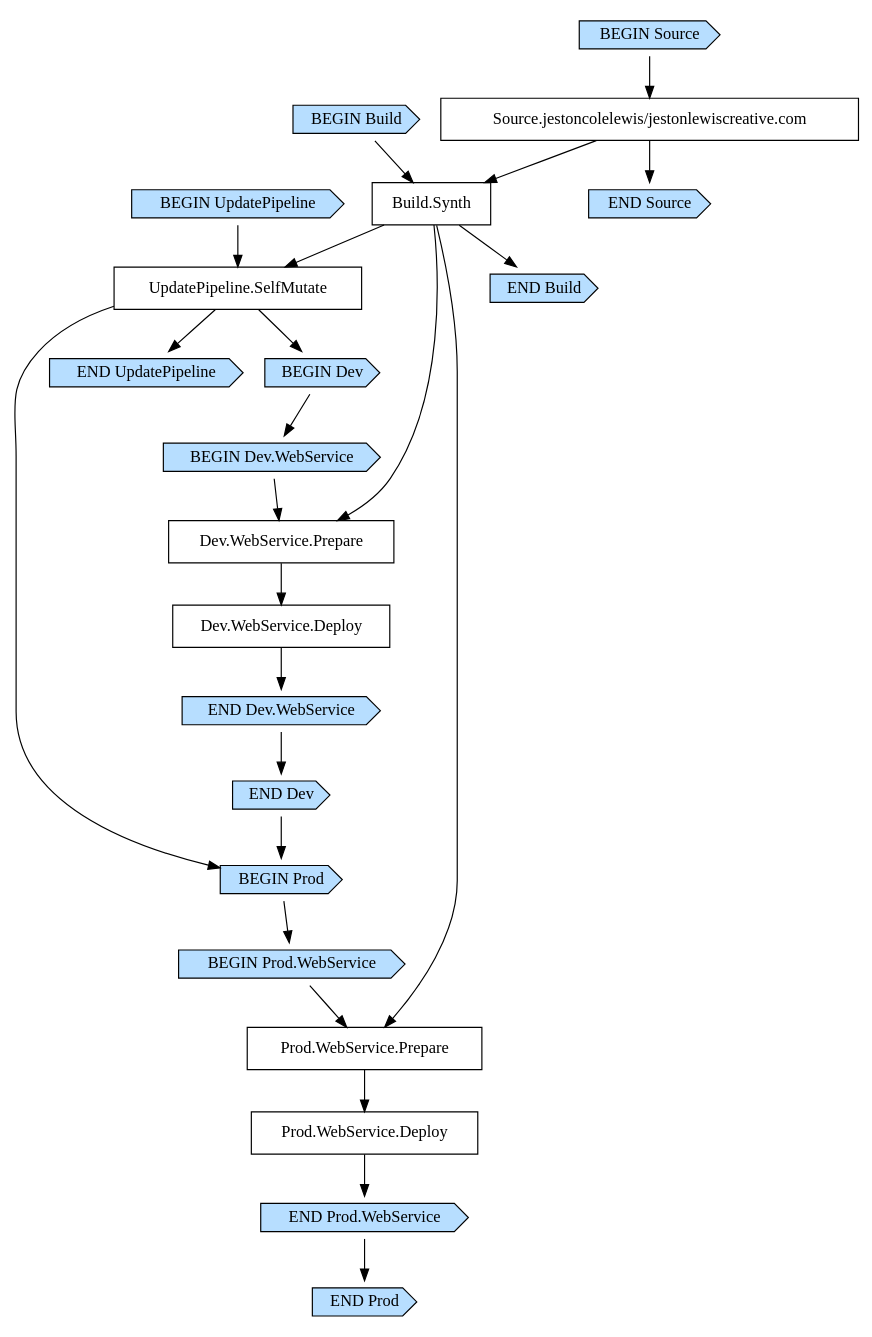
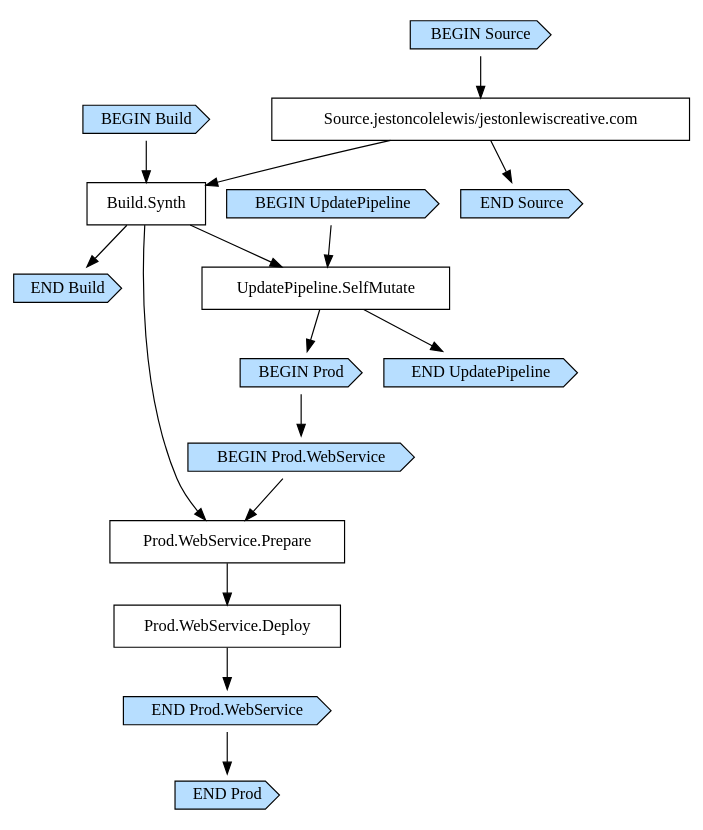
Before and after one commit to jestoncolelewis/jestonlewiscreative.com: the diagram in cdk.out/JestonLewisCreativeFrontEndStackPipelineC2681E6E.dot, drawn with Graphviz. The commit also changed 9 other files, not shown here.

```diff
--- a/cdk.out/JestonLewisCreativeFrontEndStackPipelineC2681E6E.dot
+++ b/cdk.out/JestonLewisCreativeFrontEndStackPipelineC2681E6E.dot
@@ -1,51 +1,37 @@
 digraph G {
   # Arrows represent an "unlocks" relationship (opposite of dependency). So chosen
   # because the layout looks more natural that way.
   # To represent subgraph dependencies, subgraphs are represented by BEGIN/END nodes.
   # To render: `dot -Tsvg JestonLewisCreativeFrontEndStackPipelineC2681E6E.dot > graph.svg`, open in a browser.
   node [shape="box"];
 "BEGIN Build" [shape="cds", style="filled", fillcolor="#b7deff"];
 "END Build" [shape="cds", style="filled", fillcolor="#b7deff"];
 "Build.Synth";
 "Source.jestoncolelewis/jestonlewiscreative.com" -> "Build.Synth";
 "BEGIN Build" -> "Build.Synth";
 "Build.Synth" -> "END Build";
 "BEGIN UpdatePipeline" [shape="cds", style="filled", fillcolor="#b7deff"];
 "END UpdatePipeline" [shape="cds", style="filled", fillcolor="#b7deff"];
 "UpdatePipeline.SelfMutate";
 "Build.Synth" -> "UpdatePipeline.SelfMutate";
 "BEGIN UpdatePipeline" -> "UpdatePipeline.SelfMutate";
 "UpdatePipeline.SelfMutate" -> "END UpdatePipeline";
-"BEGIN Dev" [shape="cds", style="filled", fillcolor="#b7deff"];
-"END Dev" [shape="cds", style="filled", fillcolor="#b7deff"];
-"UpdatePipeline.SelfMutate" -> "BEGIN Dev";
-"BEGIN Dev.WebService" [shape="cds", style="filled", fillcolor="#b7deff"];
-"END Dev.WebService" [shape="cds", style="filled", fillcolor="#b7deff"];
-"Dev.WebService.Deploy";
-"Dev.WebService.Prepare" -> "Dev.WebService.Deploy";
-"Dev.WebService.Prepare";
-"Build.Synth" -> "Dev.WebService.Prepare";
-"BEGIN Dev.WebService" -> "Dev.WebService.Prepare";
-"Dev.WebService.Deploy" -> "END Dev.WebService";
-"BEGIN Dev" -> "BEGIN Dev.WebService";
-"END Dev.WebService" -> "END Dev";
 "BEGIN Prod" [shape="cds", style="filled", fillcolor="#b7deff"];
 "END Prod" [shape="cds", style="filled", fillcolor="#b7deff"];
 "UpdatePipeline.SelfMutate" -> "BEGIN Prod";
-"END Dev" -> "BEGIN Prod";
 "BEGIN Prod.WebService" [shape="cds", style="filled", fillcolor="#b7deff"];
 "END Prod.WebService" [shape="cds", style="filled", fillcolor="#b7deff"];
 "Prod.WebService.Deploy";
 "Prod.WebService.Prepare" -> "Prod.WebService.Deploy";
 "Prod.WebService.Prepare";
 "Build.Synth" -> "Prod.WebService.Prepare";
 "BEGIN Prod.WebService" -> "Prod.WebService.Prepare";
 "Prod.WebService.Deploy" -> "END Prod.WebService";
 "BEGIN Prod" -> "BEGIN Prod.WebService";
 "END Prod.WebService" -> "END Prod";
 "BEGIN Source" [shape="cds", style="filled", fillcolor="#b7deff"];
 "END Source" [shape="cds", style="filled", fillcolor="#b7deff"];
 "Source.jestoncolelewis/jestonlewiscreative.com";
 "BEGIN Source" -> "Source.jestoncolelewis/jestonlewiscreative.com";
 "Source.jestoncolelewis/jestonlewiscreative.com" -> "END Source";
 }
```
